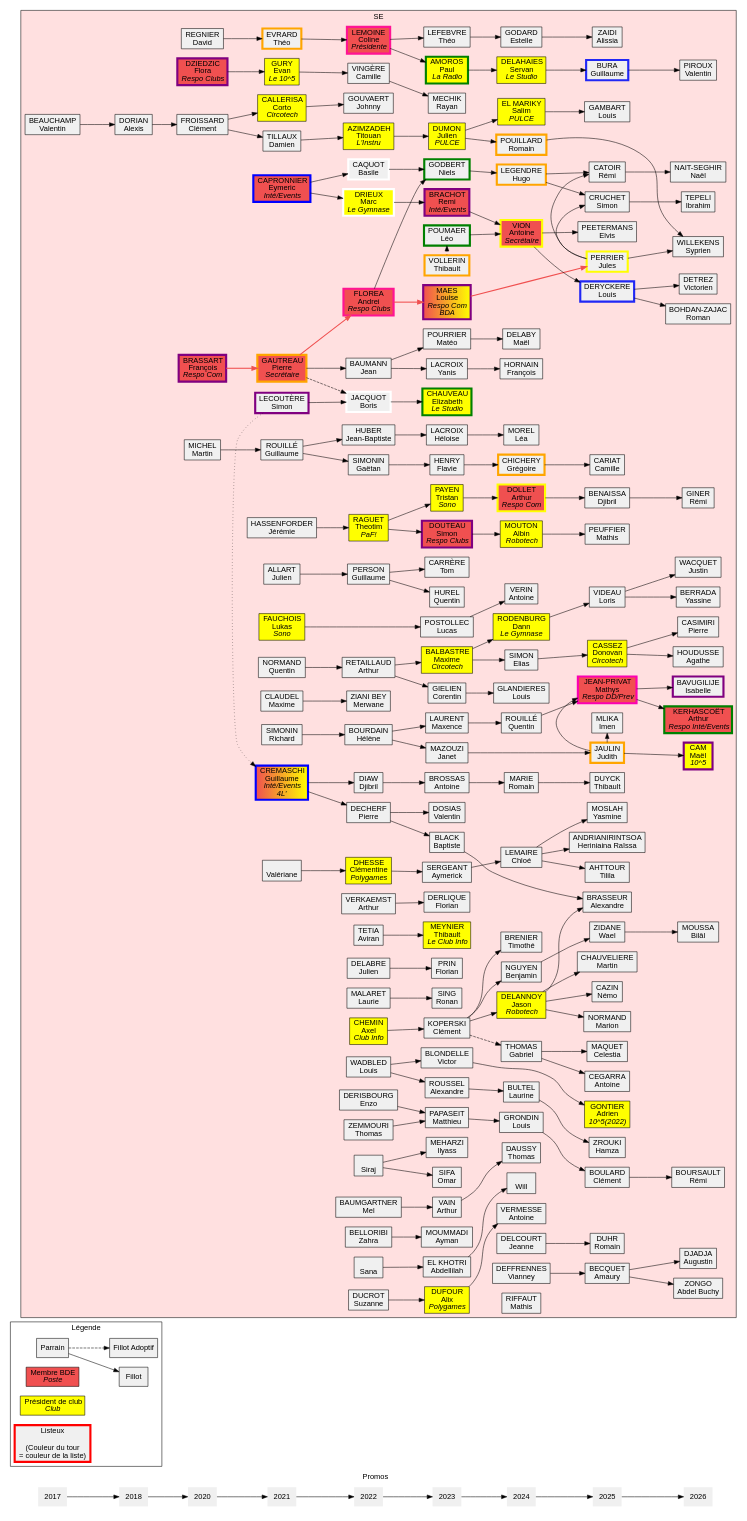
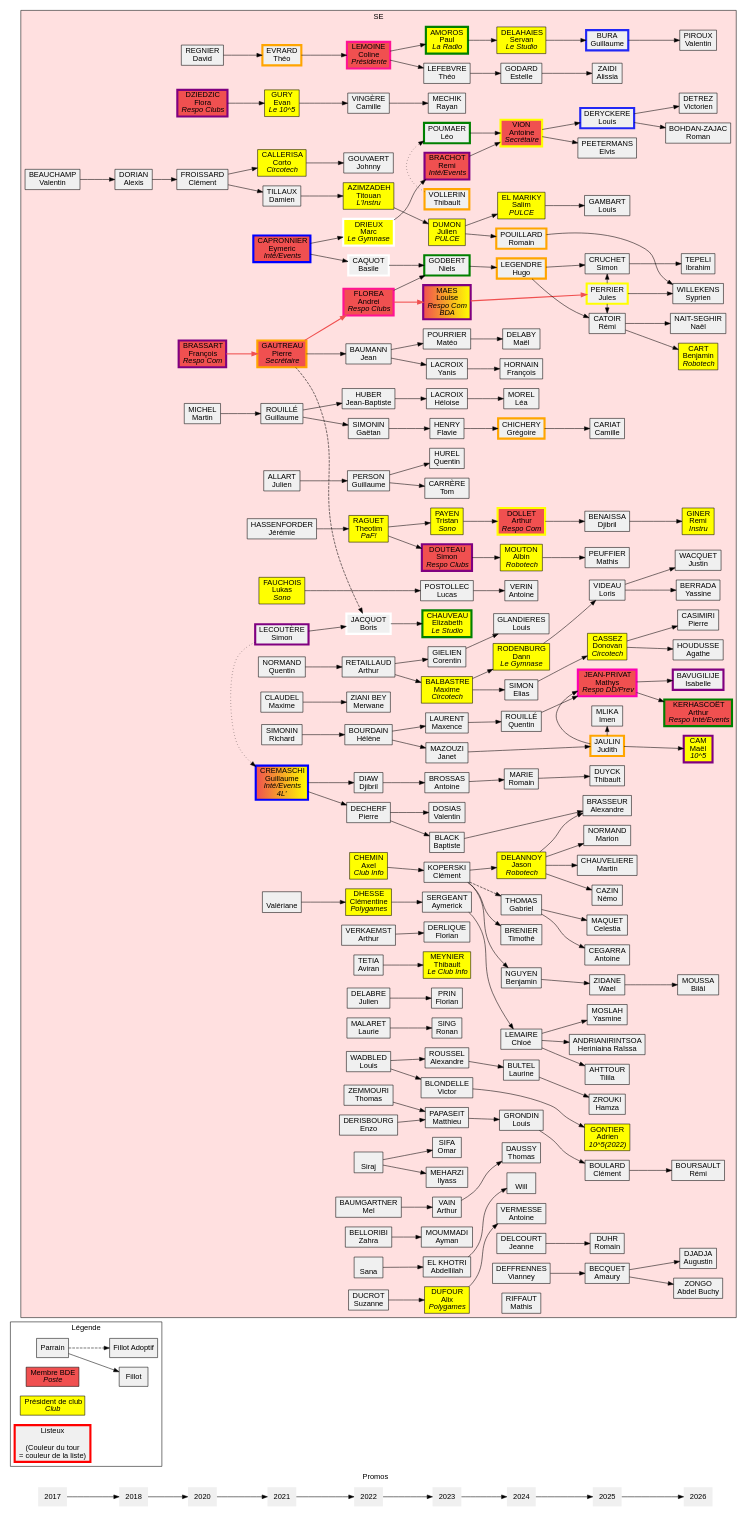
The diagram in se.dot (Scruchet/poly_gen), drawn with Graphviz before and after one commit. The commit also changed 7 other files, not shown here.

```diff
--- a/se.dot
+++ b/se.dot
@@ -319,6 +319,26 @@
                 rduhr		[label = "DUHR\nRomain"];
                 tduyck		[label = "DUYCK\nThibault"];
                 lgambart	[label = "GAMBART\nLouis"];
+                imlika 	[label = "MLIKA\nImen"];adriencont	[label = <GONTIER<BR/>Adrien<BR/><I>10^5(2022)</I>> fillcolor="yellow"];
+                julesperr	[label = "PERRIER\nJules" penwidth=4 color="yellow"];
+                judith		[label = "JAULIN\nJudith" penwidth=4 color="orange"];
+                raissandri	[label = "ANDRIANIRINTSOA\nHeriniaina Raïssa";]
+                alexandre 	[label = "BRASSEUR\nAlexandre"];
+                abecquet	[label = "BECQUET\nAmaury"];
+                dbenaissa	[label = "BENAISSA\nDjibril"];
+                cboulard	[label = "BOULARD\nClément"];
+                gbura	[label = "BURA\nGuillaume" penwidth=4 color="#2128f5"];
+                ccariat	[label = "CARIAT\nCamille"];
+                dcassez	[label =<CASSEZ<BR/>Donovan<BR/><I>Circotech</I>> fillcolor="yellow"];
+                rcatoir		[label = "CATOIR\nRémi"];
+                ncazin	[label = "CAZIN\nNémo"];
+                acegarra	[label = "CEGARRA\nAntoine"];
+                mchauveliere		[label = "CHAUVELIERE\nMartin"];
+                scruchet	[label = "CRUCHET\nSimon"];
+                lderyckere	[label = "DERYCKERE\nLouis" penwidth=4 color="#2128f5"];
+                rduhr		[label = "DUHR\nRomain"];
+                tduyck		[label = "DUYCK\nThibault"];
+                lgambart	[label = "GAMBART\nLouis"];
                 imlika 	[label = "MLIKA\nImen"];
                 mjeanprivat	[label = <JEAN-PRIVAT<BR/>Mathys<BR/><I>Respo DD/Prev</I>> fillcolor="#f05050" penwidth=4 color="#FC00B2"];
                 cmaquet	[label = "MAQUET\nCelestia"];
@@ -375,7 +395,7 @@
 				ahoudusse  [label = "HOUDUSSE\nAgathe"];
 				vpiroux	   [label = "PIROUX\nValentin"];
 				nnait	   [label = "NAIT-SEGHIR\nNaël"];
-				rginer	   [label = "GINER\nRémi"];
+				rginer	   [label = <GINER<BR/>Remi<BR/><I>Instru</I>> fillcolor="yellow"];
 				bmoussa	   [label = "MOUSSA\nBilâl"];
 				rboursault [label = "BOURSAULT\nRémi"];
 				mcam       [label =<CAM<BR/>Maël<BR/><I>10^5</I>> penwidth=4 color="purple" fillcolor="yellow"];
@@ -389,7 +409,9 @@
 				adjadja    [label = "DJADJA\nAugustin"];
 				swillekens [label = "WILLEKENS\nSyprien"];
 				azongo	   [label = "ZONGO\nAbdel Buchy"];
+				bcart	   [label = <CART<BR/>Benjamin<BR/><I>Robotech</I>> fillcolor="yellow"];
 				}
+				rcatoir -> bcart ;
 				dcassez->pcasimiri;
 				dcassez->ahoudusse;
 				gbura->vpiroux;
```
